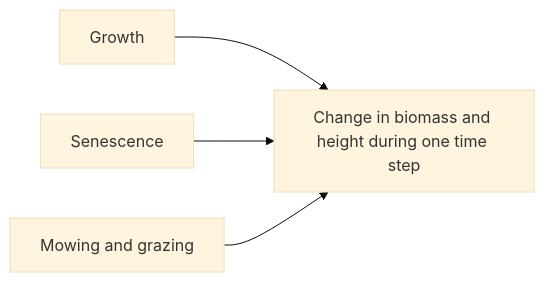
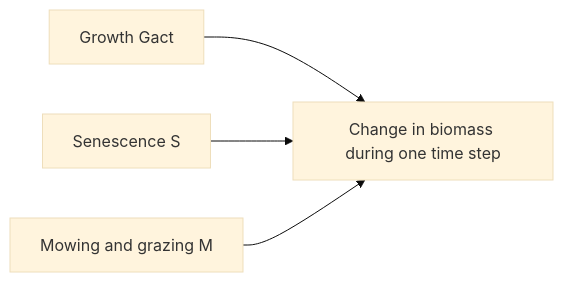
Before and after one commit to FelixNoessler/GrasslandTraitSim.jl: the diagram in docs/src/model/biomass/index.md, drawn with Mermaid (base theme). The commit also changed other lines of this file and 10 other files, not shown here.

````diff
--- a/docs/src/model/biomass/index.md
+++ b/docs/src/model/biomass/index.md
@@ -5,10 +5,10 @@
 ```mermaid
 flowchart LR
-    A[Growth] --> B[Change in biomass and height during one time step]
-    C[Senescence] --> B
-    D[Mowing and grazing] --> B
+    A[Growth Gact] --> B[Change in biomass during one time step]
+    C[Senescence S] --> B
+    D[Mowing and grazing M] --> B
 
 click C "senescence" "Go"
 click A "growth" "Go"
 click D "mowing_grazing" "Go"
 ```
````
